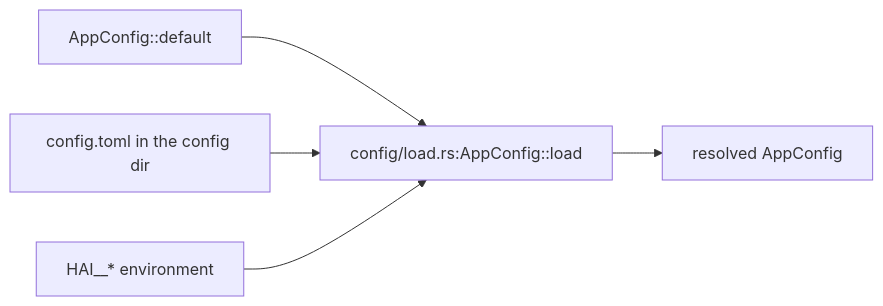
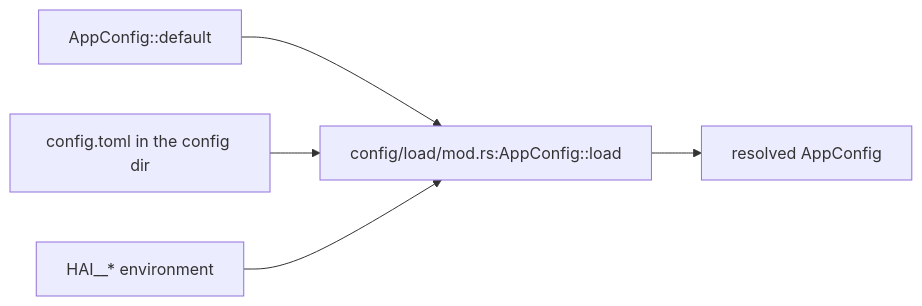
Before and after one commit to hmeqo/hai: the diagram in docs/topics/config.md, drawn with Mermaid. The commit also changed other lines of this file and 192 other files, not shown here.

````diff
--- a/docs/topics/config.md
+++ b/docs/topics/config.md
@@ -13,7 +13,7 @@
 ```mermaid
 flowchart LR
   defaults[AppConfig::default] --> load
   file["config.toml in the config dir"] --> load
   env["HAI__* environment"] --> load
-  load["config/load.rs:AppConfig::load"] --> resolved[resolved AppConfig]
+  load["config/load/mod.rs:AppConfig::load"] --> resolved[resolved AppConfig]
 ```
````
